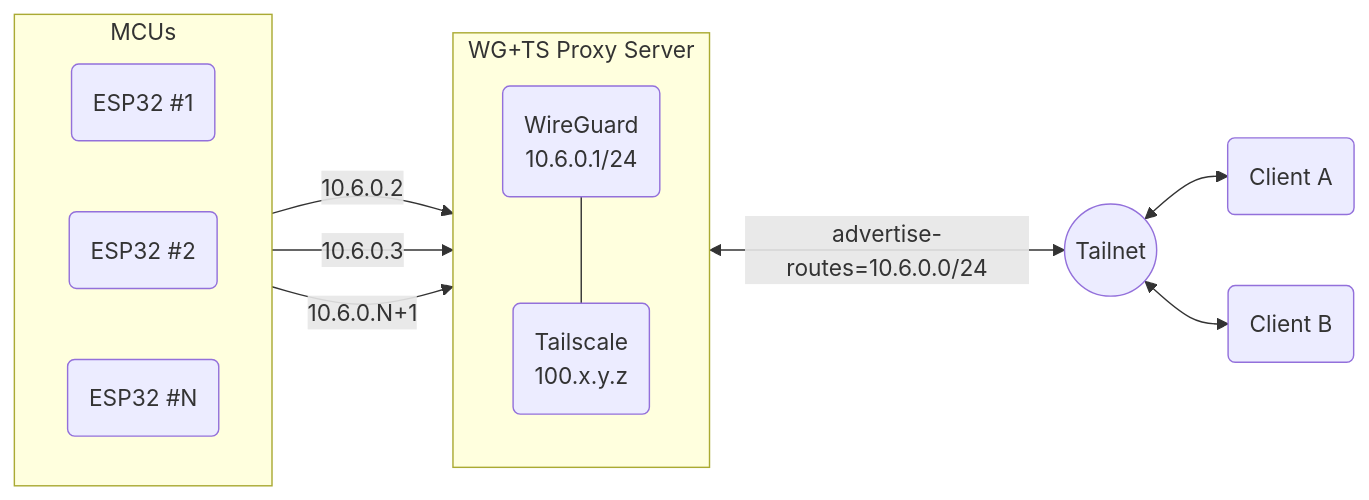
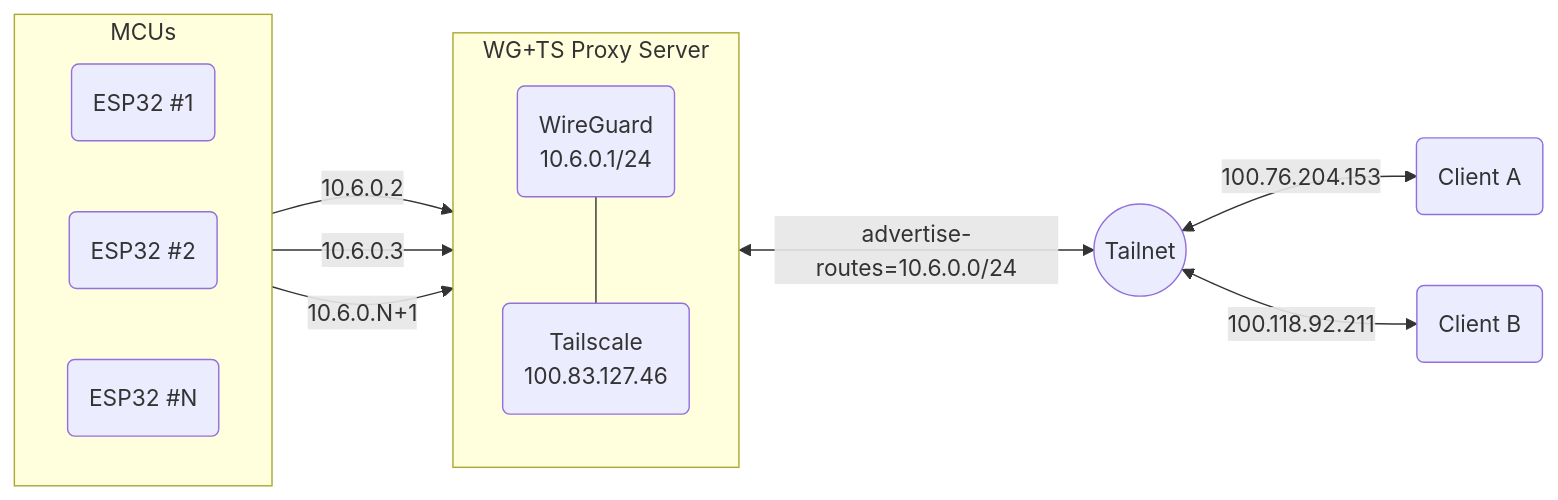
One commit to pierrejay/esp32-tailbridge changed the first of 2 diagrams in README.md. Above: the diagram before and after it, drawn with Mermaid. The commit also changed other lines of this file, not shown here.

Commit message:
Continue docs

````diff
--- a/README.md
+++ b/README.md
@@ -33,39 +34,39 @@
 ```mermaid
 graph LR
     %% ESP32 devices grouping
     subgraph ESP32 [MCUs]
       direction LR
       ESP1(ESP32 #1)
       ESP2(ESP32 #2)
       ESPX(ESP32 #N)
     end
 
     %% Proxy server with WireGuard and a single Tailscale instance
     subgraph PROXY [WG+TS Proxy Server]
       direction TB
       WG(WireGuard<br>10.6.0.1/24)
-      TS(Tailscale<br>100.x.y.z)
+      TS(Tailscale<br>100.83.127.46)
     end
 
     %% Tailnet central node
     TAILNET((Tailnet))
 
     %% Tailscale clients
       CLIENTA(Client A)
       CLIENTB(Client B)
 
     %% ESP32 to WireGuard connections
     ESP1 -->|10.6.0.2| WG
     ESP2 -->|10.6.0.3| WG
     ESPX -->|10.6.0.N+1| WG
 
     %% WireGuard to Tailscale connection
     WG --- TS
 
     %% Tailscale to Tailnet connection
     TS <-->|advertise-routes=10.6.0.0/24| TAILNET
 
     %% Client connections to Tailnet
-    TAILNET <--> CLIENTA 
-    TAILNET <--> CLIENTB
+    TAILNET <--> |100.76.204.153| CLIENTA 
+    TAILNET <--> |100.118.92.211| CLIENTB
 ```
````
